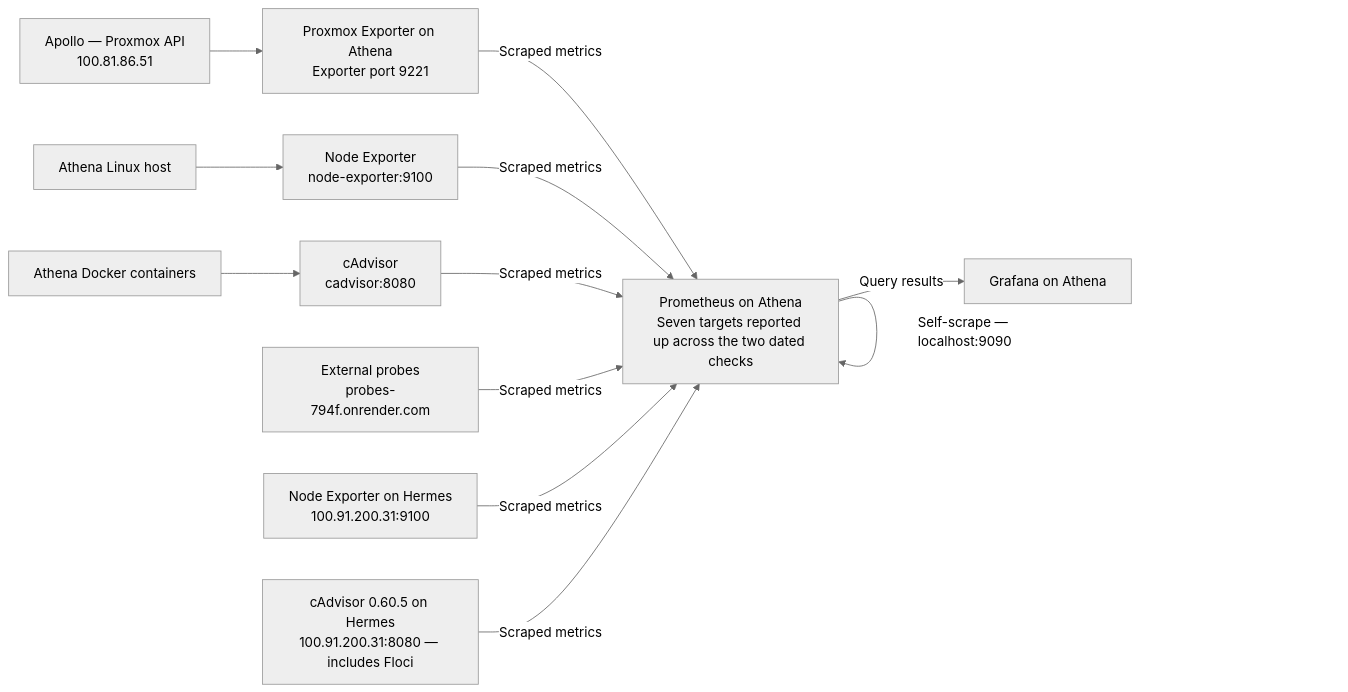
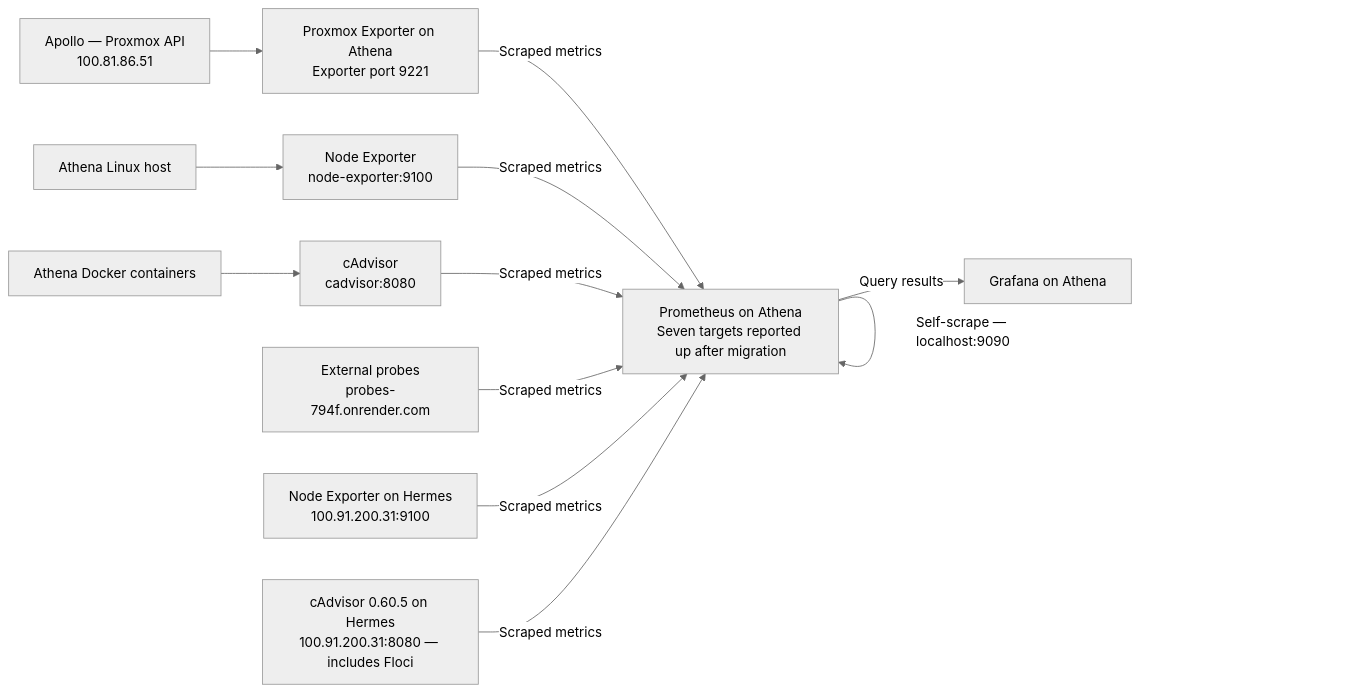
One commit to SwapnajXD/HomeLab changed the first of 3 diagrams in docs/observability.md. Above: the diagram before and after it, drawn with Mermaid (neutral theme). The commit also changed other lines of this file and 28 other files, not shown here.

Commit message:
docs: synchronize homelab with Athena migration and Apollo incident

````diff
--- a/docs/observability.md
+++ b/docs/observability.md
@@ -21,17 +21,17 @@
 ```mermaid
 flowchart LR
     %% Arrows show metric data flow, not connection initiation.
     Apollo["Apollo — Proxmox API<br/>100.81.86.51"] --> PVE["Proxmox Exporter on Athena<br/>Exporter port 9221"]
     Athena["Athena Linux host"] --> Node["Node Exporter<br/>node-exporter:9100"]
     Docker["Athena Docker containers"] --> Cadvisor["cAdvisor<br/>cadvisor:8080"]
     Probes["External probes<br/>probes-794f.onrender.com"]
-    Prom["Prometheus on Athena<br/>Seven targets reported up across the two dated checks"]
+    Prom["Prometheus on Athena<br/>Seven targets reported up after migration"]
     PVE -->|Scraped metrics| Prom
     Node -->|Scraped metrics| Prom
     Cadvisor -->|Scraped metrics| Prom
     Probes -->|Scraped metrics| Prom
     Prom -->|Self-scrape — localhost:9090| Prom
     Prom -->|Query results| Grafana["Grafana on Athena"]
     HermesNode["Node Exporter on Hermes<br/>100.91.200.31:9100"] -->|Scraped metrics| Prom
     HermesCadvisor["cAdvisor 0.60.5 on Hermes<br/>100.91.200.31:8080 — includes Floci"] -->|Scraped metrics| Prom
 ```
````
